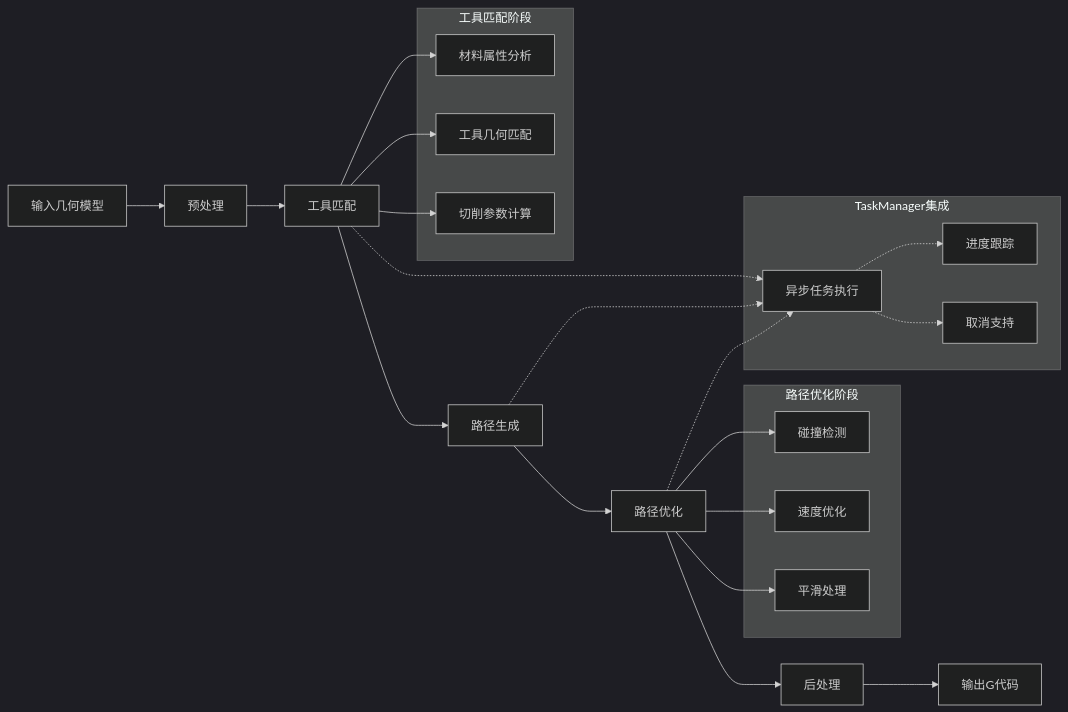
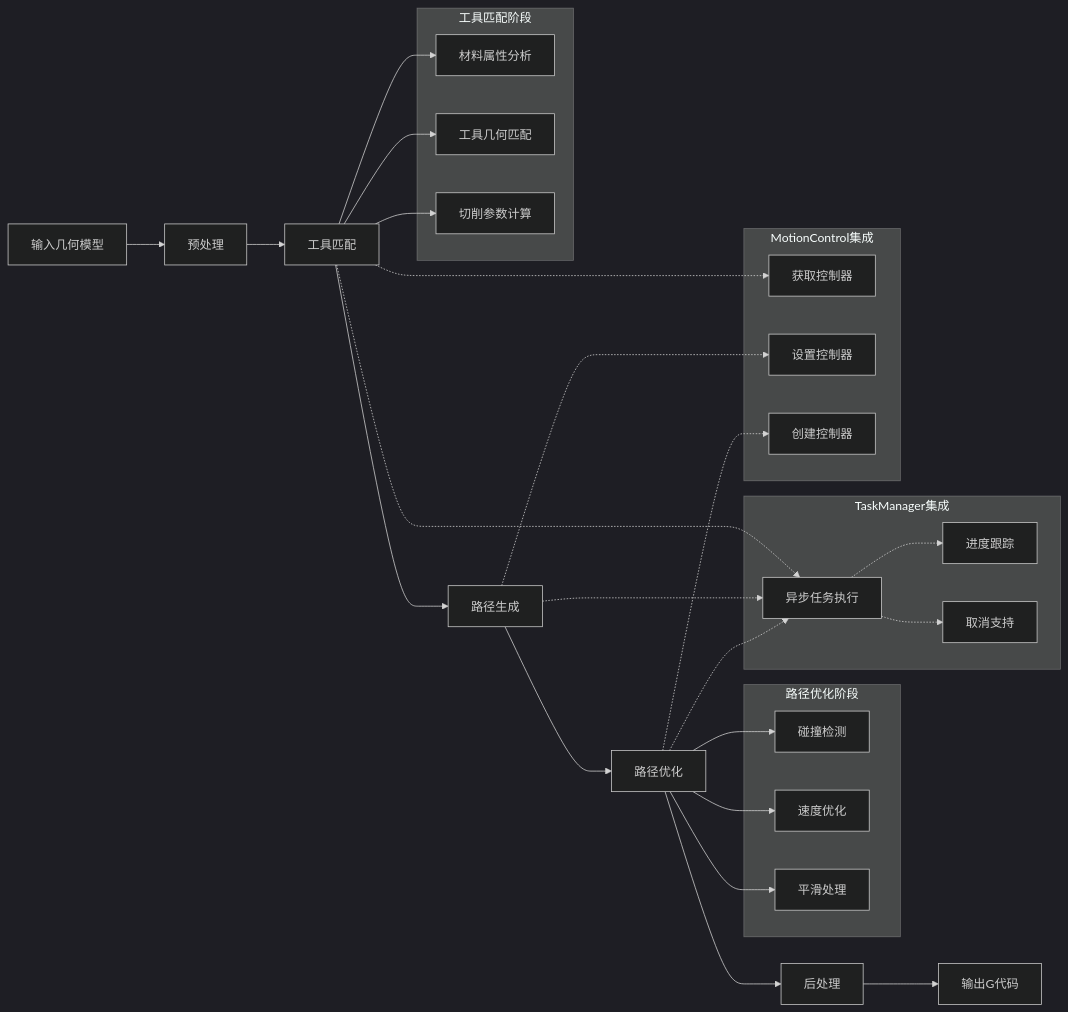
The ninth of 26 diagrams in .qoder/repowiki/zh/content/项目概述/模块设计/Process模块设计/Process模块服务管理架构改进.md (super1wang/LaserCNCv1.0), drawn with Mermaid (dark theme) before and after one commit. The commit also changed other lines of this file and 25 other files, not shown here.

````diff
--- a/.qoder/repowiki/zh/content/项目概述/模块设计/Process模块设计/Process模块服务管理架构改进.md
+++ b/.qoder/repowiki/zh/content/项目概述/模块设计/Process模块设计/Process模块服务管理架构改进.md
@@ -556,35 +634,43 @@
 ```mermaid
 flowchart LR
 Input[输入几何模型] --> Preprocess[预处理]
 Preprocess --> ToolMatch[工具匹配]
 ToolMatch --> PathGen[路径生成]
 PathGen --> Optimize[路径优化]
 Optimize --> PostProcess[后处理]
 PostProcess --> Output[输出G代码]
 subgraph "工具匹配阶段"
 TM1[材料属性分析]
 TM2[工具几何匹配]
 TM3[切削参数计算]
 end
 subgraph "路径优化阶段"
 OP1[碰撞检测]
 OP2[速度优化]
 OP3[平滑处理]
 end
 ToolMatch --> TM1
 ToolMatch --> TM2
 ToolMatch --> TM3
 Optimize --> OP1
 Optimize --> OP2
 Optimize --> OP3
 subgraph "TaskManager集成"
 TM_TASK[异步任务执行]
 TM_PROGRESS[进度跟踪]
 TM_ABORT[取消支持]
 end
 ToolMatch -.-> TM_TASK
 PathGen -.-> TM_TASK
 Optimize -.-> TM_TASK
 TM_TASK -.-> TM_PROGRESS
 TM_TASK -.-> TM_ABORT
+subgraph "MotionControl集成"
+MC_GET[获取控制器]
+MC_SET[设置控制器]
+MC_CREATE[创建控制器]
+end
+ToolMatch -.-> MC_GET
+PathGen -.-> MC_SET
+Optimize -.-> MC_CREATE
 ```
````
